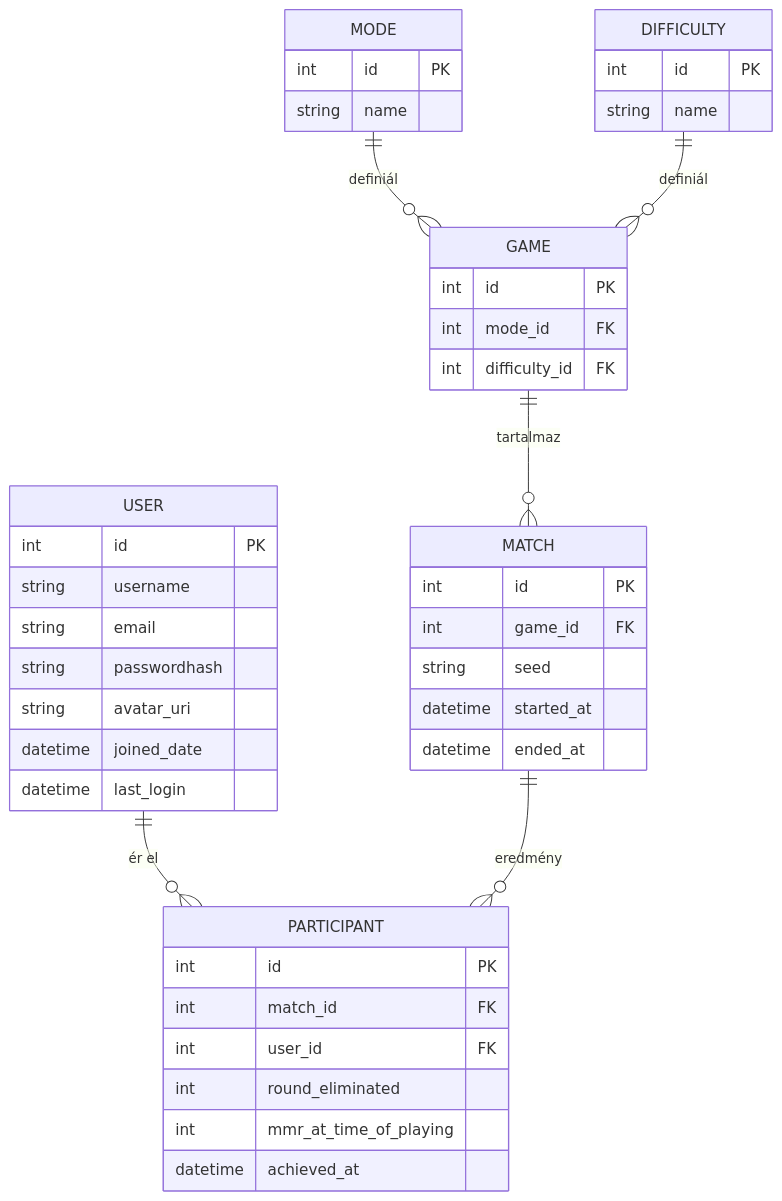
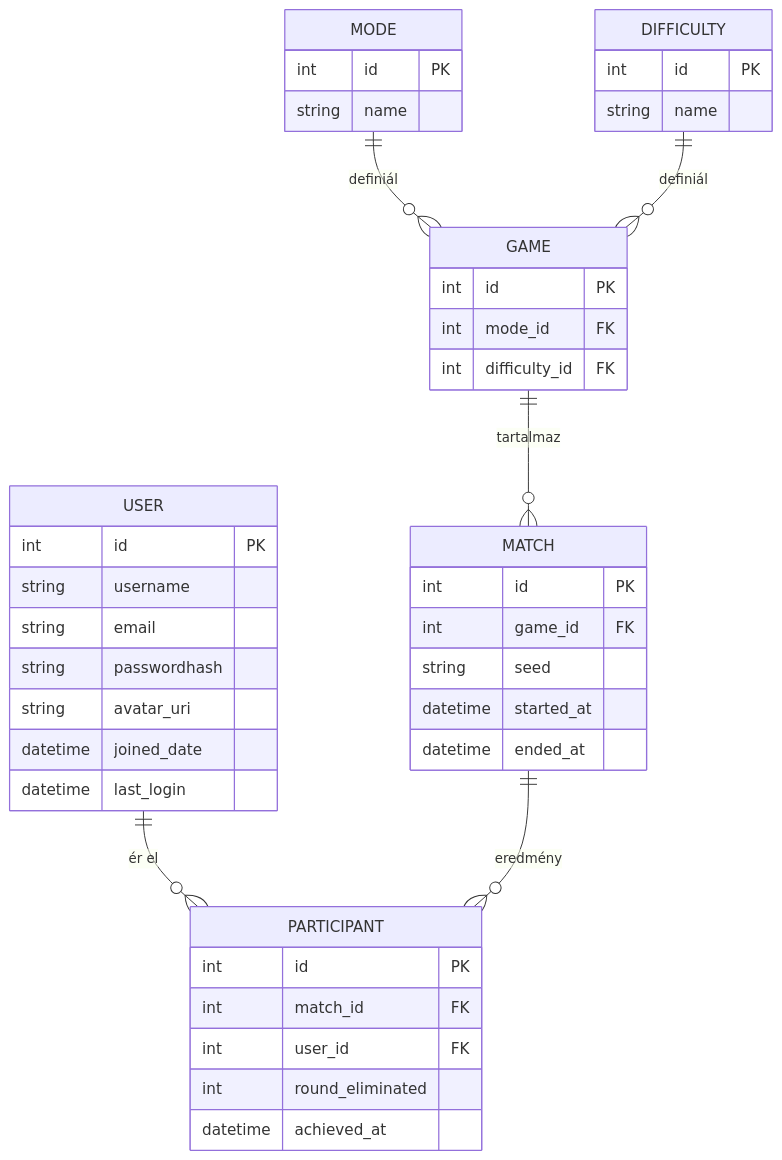
One commit to GitDevla/infinite-simon changed the third of 6 diagrams in docs/system-design.md. Above: the diagram before and after it, drawn with Mermaid.

````diff
--- a/docs/system-design.md
+++ b/docs/system-design.md
@@ -137,46 +137,45 @@
 ```mermaid
 erDiagram
     USER {
         int id PK
         string username
         string email
         string passwordhash
         string avatar_uri
         datetime joined_date
         datetime last_login
     }
     MODE {
         int id PK
         string name
     }
     DIFFICULTY {
         int id PK
         string name
     }
     GAME {
         int id PK
         int mode_id FK
         int difficulty_id FK
     }
     MATCH {
         int id PK
         int game_id FK
         string seed
         datetime started_at
         datetime ended_at
     }
     PARTICIPANT {
         int id PK
         int match_id FK
         int user_id FK
         int round_eliminated
-        int mmr_at_time_of_playing
         datetime achieved_at
     }
 
     USER ||--o{ PARTICIPANT : "ér el"
     GAME ||--o{ MATCH : "tartalmaz"
     MODE ||--o{ GAME : "definiál"
     DIFFICULTY ||--o{ GAME : "definiál"
     MATCH ||--o{ PARTICIPANT : "eredmény"
 ```
````
